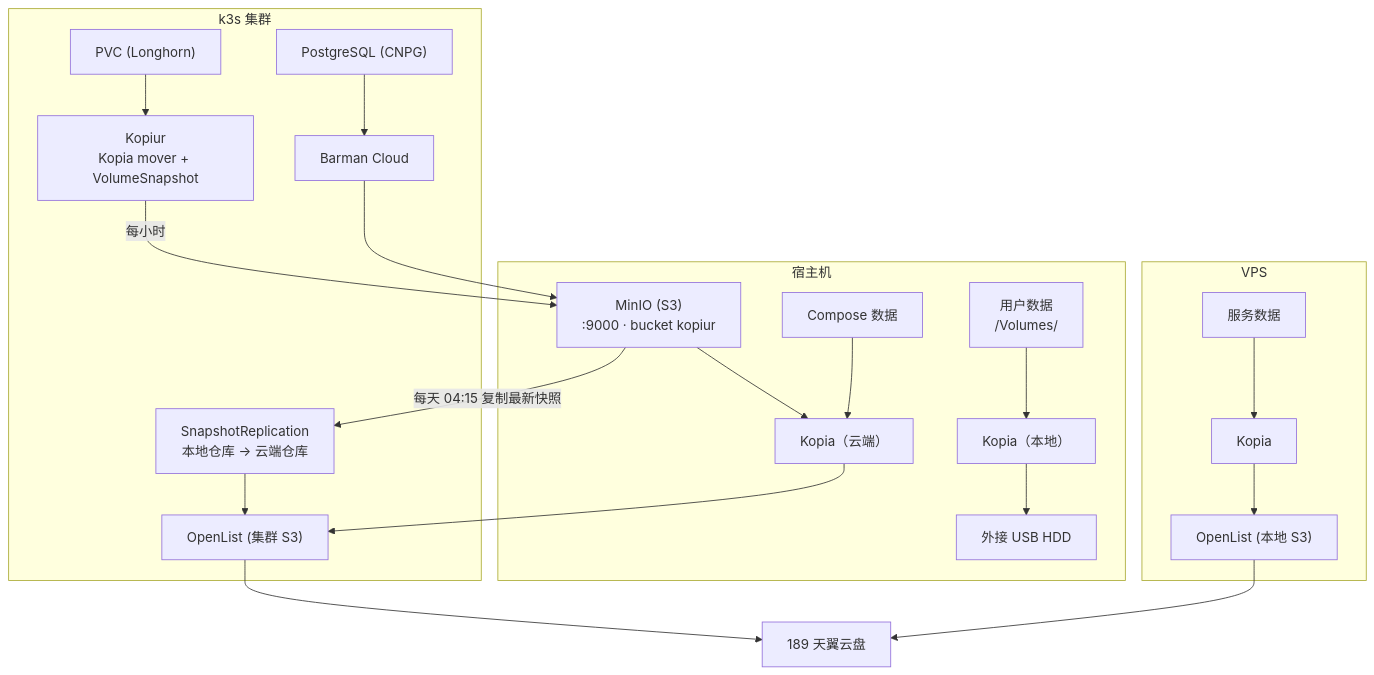
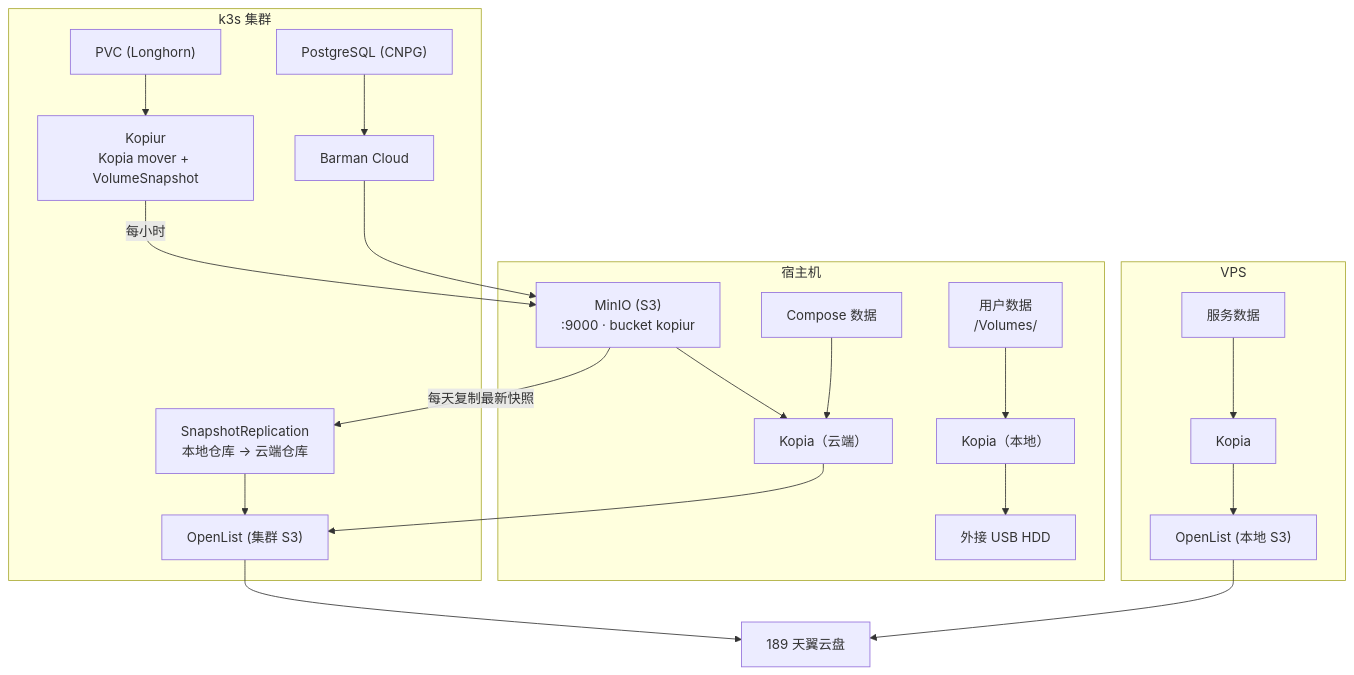
The seventh of 8 diagrams in docs/ARCHITECTURE.md (shelken/home-ops), drawn with Mermaid before and after one commit. The commit also changed other lines of this file and 5 other files, not shown here.

````diff
--- a/docs/ARCHITECTURE.md
+++ b/docs/ARCHITECTURE.md
@@ -439,47 +439,47 @@
 ```mermaid
 graph TB
     subgraph K8S["k3s 集群"]
         PVC["PVC (Longhorn)"]
         PG["PostgreSQL (CNPG)"]
         Kopiur["Kopiur<br/>Kopia mover + VolumeSnapshot"]
         Replicate["SnapshotReplication<br/>本地仓库 → 云端仓库"]
         Barman["Barman Cloud"]
         Cluster_OpenList["OpenList (集群 S3)"]
     end
 
     subgraph SAKA_BACKUP["宿主机"]
         MinIO["MinIO (S3)<br/>:9000 · bucket kopiur"]
         COMPOSE_Data["Compose 数据"]
         USER_Data["用户数据<br/>/Volumes/<USER_DATA>"]
         SAKA_Kopia["Kopia（云端）"]
         SAKA_Kopia_Local["Kopia（本地）"]
         USB_HDD["外接 USB HDD"]
     end
 
     subgraph VPS_BACKUP["VPS"]
         VPS_Data["服务数据"]
         VPS_Kopia["Kopia"]
         VPS_OpenList["OpenList (本地 S3)"]
     end
 
     Cloud["189 天翼云盘"]
 
     PVC --> Kopiur
     PG --> Barman
     Kopiur -->|"每小时"| MinIO
-    MinIO -->|"每天 04:15 复制最新快照"| Replicate
+    MinIO -->|"每天复制最新快照"| Replicate
     Replicate --> Cluster_OpenList
     Barman --> MinIO
 
     MinIO --> SAKA_Kopia
     COMPOSE_Data --> SAKA_Kopia
     SAKA_Kopia --> Cluster_OpenList
     Cluster_OpenList --> Cloud
 
     USER_Data --> SAKA_Kopia_Local
     SAKA_Kopia_Local --> USB_HDD
 
     VPS_Data --> VPS_Kopia
     VPS_Kopia --> VPS_OpenList
     VPS_OpenList --> Cloud
 ```
````
